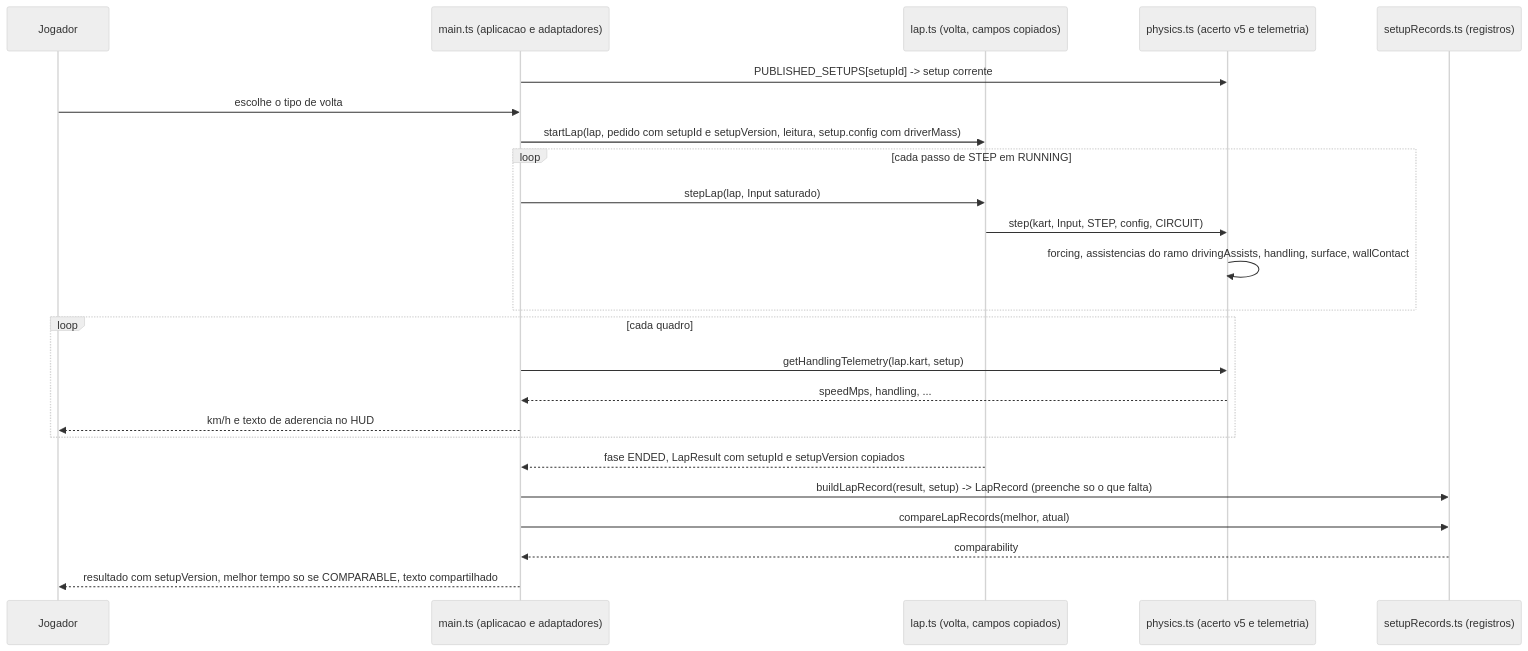
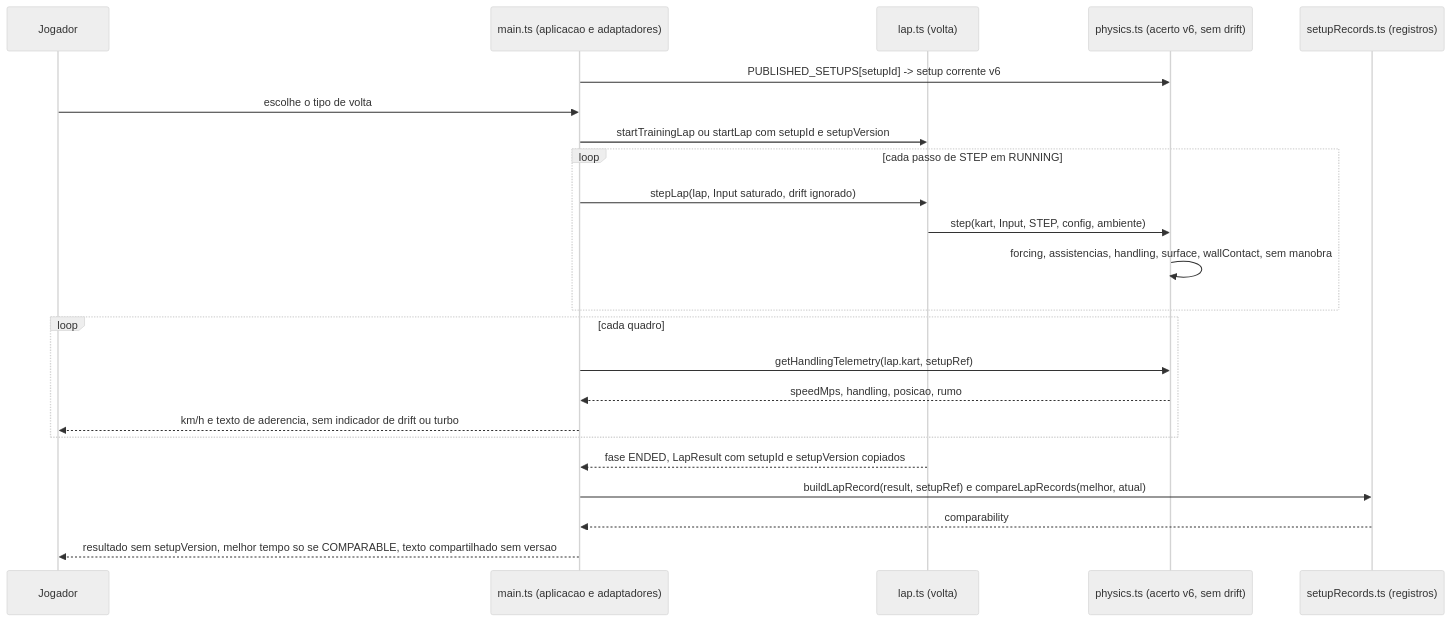
One commit to edumatosr6-svg/kartle-staging changed the first of 2 diagrams in 300 Specs/330 D-Specs/Output/dirigibilidade/01-architecture.md. Above: the diagram before and after it, drawn with Mermaid (neutral theme). The commit also changed other lines of this file and 25 other files, not shown here.

Commit message:
dirigibilidade: D-Spec revalidado (acerto arcade-assistido-v6, ensaios na pista aberta, retirada do drift e do turbo)

````diff
--- a/300 Specs/330 D-Specs/Output/dirigibilidade/01-architecture.md
+++ b/300 Specs/330 D-Specs/Output/dirigibilidade/01-architecture.md
@@ -153,26 +131,25 @@
 ```mermaid
 sequenceDiagram
     participant J as Jogador
     participant M as main.ts (aplicacao e adaptadores)
-    participant L as lap.ts (volta, campos copiados)
-    participant P as physics.ts (acerto v5 e telemetria)
+    participant L as lap.ts (volta)
+    participant P as physics.ts (acerto v6, sem drift)
     participant R as setupRecords.ts (registros)
-    M->>P: PUBLISHED_SETUPS[setupId] -> setup corrente
+    M->>P: PUBLISHED_SETUPS[setupId] -> setup corrente v6
     J->>M: escolhe o tipo de volta
-    M->>L: startLap(lap, pedido com setupId e setupVersion, leitura, setup.config com driverMass)
+    M->>L: startTrainingLap ou startLap com setupId e setupVersion
     loop cada passo de STEP em RUNNING
-        M->>L: stepLap(lap, Input saturado)
-        L->>P: step(kart, Input, STEP, config, CIRCUIT)
-        P->>P: forcing, assistencias do ramo drivingAssists, handling, surface, wallContact
+        M->>L: stepLap(lap, Input saturado, drift ignorado)
+        L->>P: step(kart, Input, STEP, config, ambiente)
+        P->>P: forcing, assistencias, handling, surface, wallContact, sem manobra
     end
     loop cada quadro
-        M->>P: getHandlingTelemetry(lap.kart, setup)
-        P-->>M: speedMps, handling, ...
-        M-->>J: km/h e texto de aderencia no HUD
+        M->>P: getHandlingTelemetry(lap.kart, setupRef)
+        P-->>M: speedMps, handling, posicao, rumo
+        M-->>J: km/h e texto de aderencia, sem indicador de drift ou turbo
     end
     L-->>M: fase ENDED, LapResult com setupId e setupVersion copiados
-    M->>R: buildLapRecord(result, setup) -> LapRecord (preenche so o que falta)
-    M->>R: compareLapRecords(melhor, atual)
+    M->>R: buildLapRecord(result, setupRef) e compareLapRecords(melhor, atual)
     R-->>M: comparability
-    M-->>J: resultado com setupVersion, melhor tempo so se COMPARABLE, texto compartilhado
+    M-->>J: resultado sem setupVersion, melhor tempo so se COMPARABLE, texto compartilhado sem versao
 ```
````
